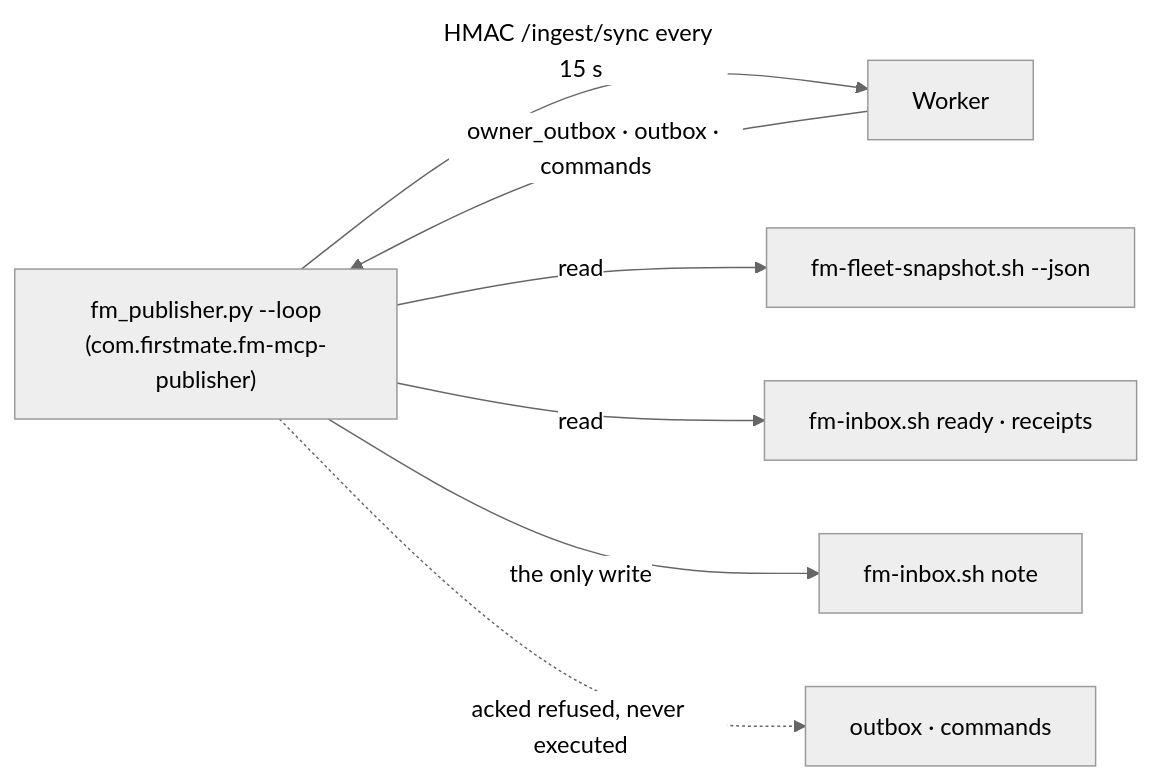
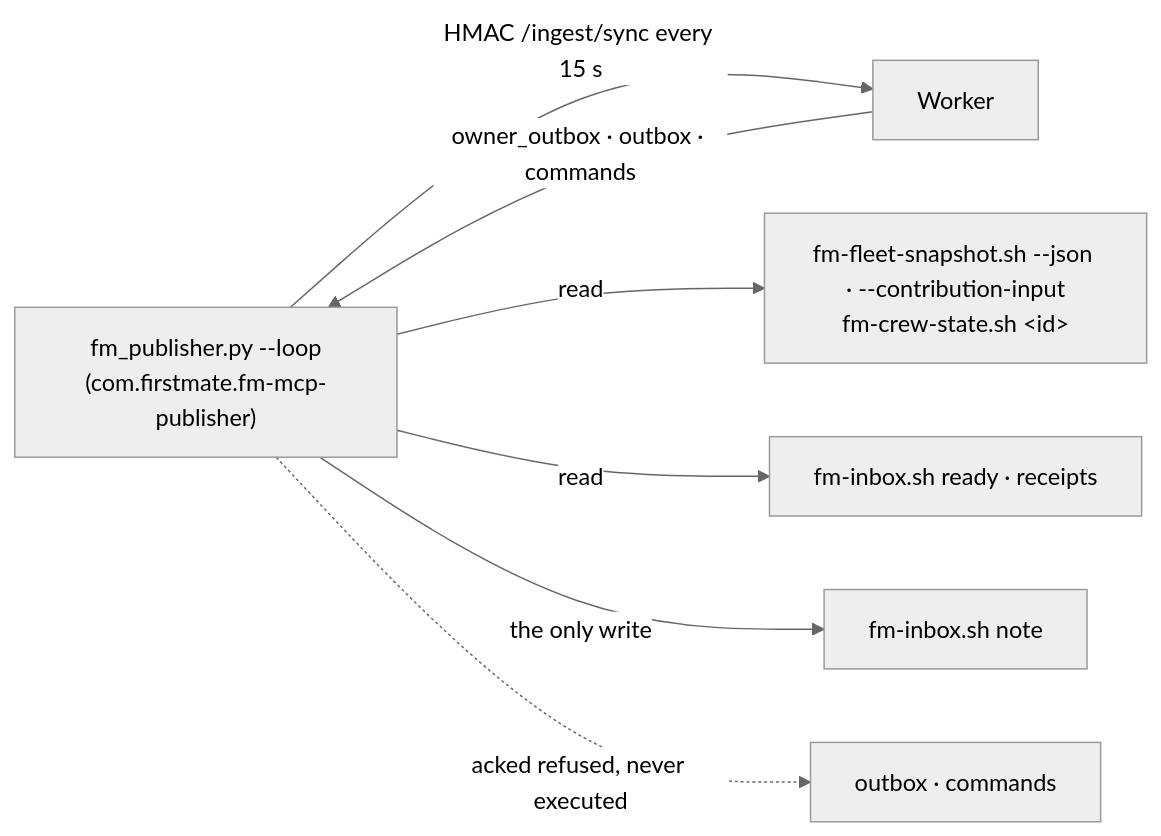
Before and after one commit to tntpgh/herdr-control: the second of 3 diagrams in remote-mcp/README.md, drawn with Mermaid (neutral theme). The commit also changed other lines of this file and 3 other files, not shown here.

First line of the commit message:
remote-mcp: refresh the Bebop snapshot incrementally between full fleet reads

````diff
--- a/remote-mcp/README.md
+++ b/remote-mcp/README.md
@@ -567,9 +567,9 @@
 ```mermaid
 flowchart LR
   P["fm_publisher.py --loop<br/>(com.firstmate.fm-mcp-publisher)"] -->|"HMAC /ingest/sync every 15 s"| W[Worker]
   W -->|"owner_outbox · outbox · commands"| P
-  P -->|read| S["fm-fleet-snapshot.sh --json"]
+  P -->|read| S["fm-fleet-snapshot.sh --json · --contribution-input<br/>fm-crew-state.sh &lt;id&gt;"]
   P -->|read| R["fm-inbox.sh ready · receipts"]
   P -->|"the only write"| N["fm-inbox.sh note"]
   P -.->|"acked refused, never executed"| X["outbox · commands"]
 ```
````
